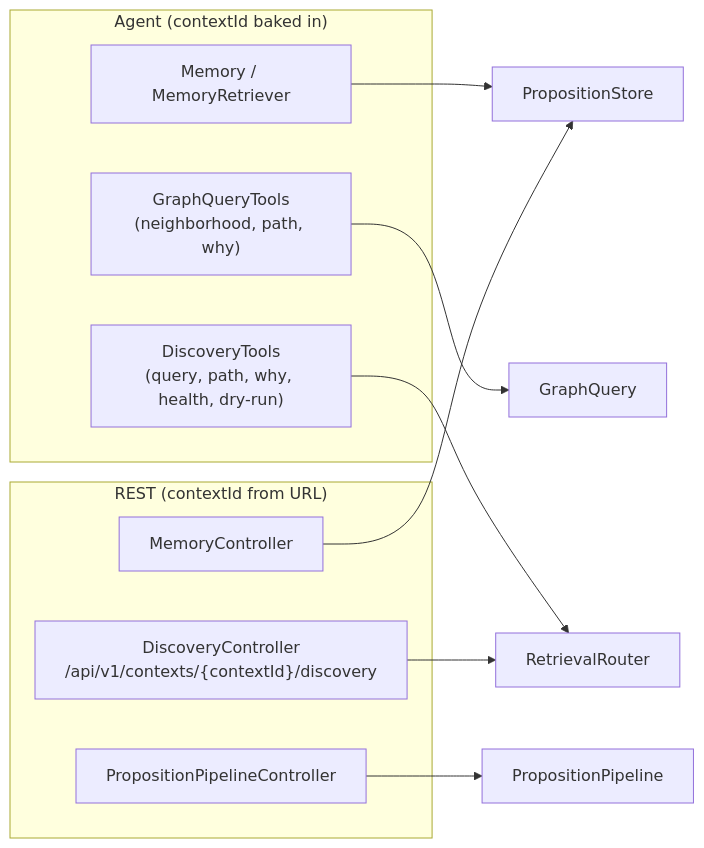
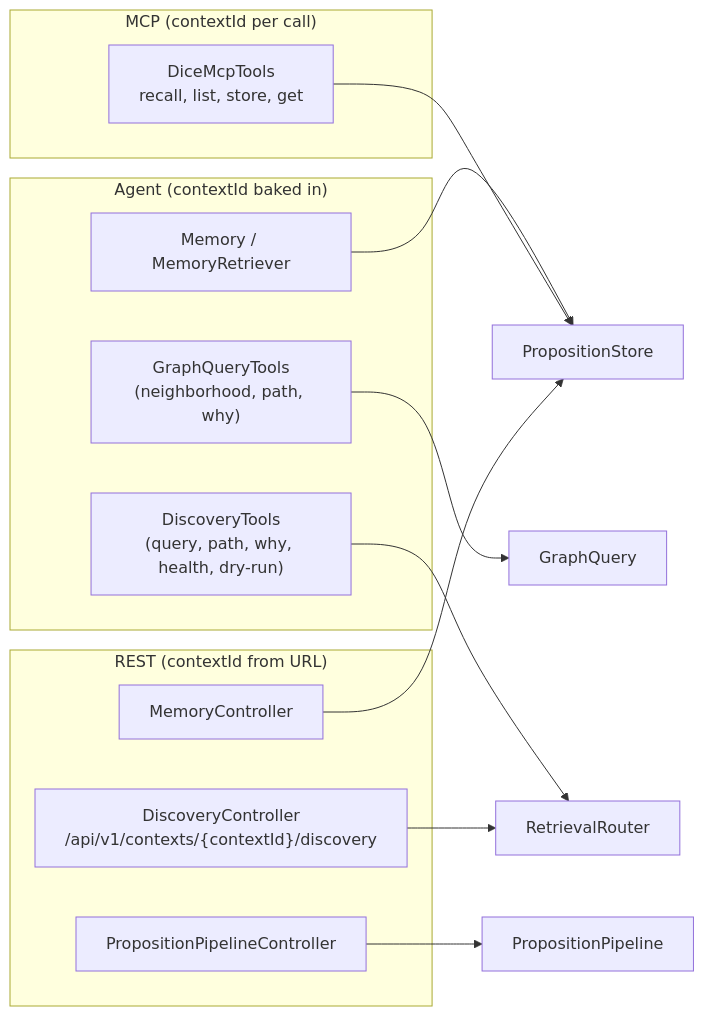
Before and after one commit to embabel/dice: the fifth of 6 diagrams in docs/design/architecture.md, drawn with Mermaid. The commit also changed other lines of this file and 15 other files, not shown here.

First line of the commit message:
feat(mcp): expose DICE tools for MCP server integration (fixes #5)

````diff
--- a/docs/design/architecture.md
+++ b/docs/design/architecture.md
@@ -219,19 +222,23 @@
 ```mermaid
 flowchart LR
     subgraph agent ["Agent (contextId baked in)"]
         MT["Memory / MemoryRetriever"]
         GQT["GraphQueryTools<br/>(neighborhood, path, why)"]
         DT["DiscoveryTools<br/>(query, path, why, health, dry-run)"]
     end
     subgraph rest ["REST (contextId from URL)"]
         DC["DiscoveryController<br/>/api/v1/contexts/{contextId}/discovery"]
         PC["PropositionPipelineController"]
         MC["MemoryController"]
     end
+    subgraph mcp ["MCP (contextId per call)"]
+        MCP["DiceMcpTools<br/>recall, list, store, get"]
+    end
     GQT --> GQ[GraphQuery]
     DT --> RR[RetrievalRouter]
     DC --> RR
     MT --> PS[PropositionStore]
+    MCP --> PS
     PC --> PIPE[PropositionPipeline]
     MC --> PS
 ```
````
